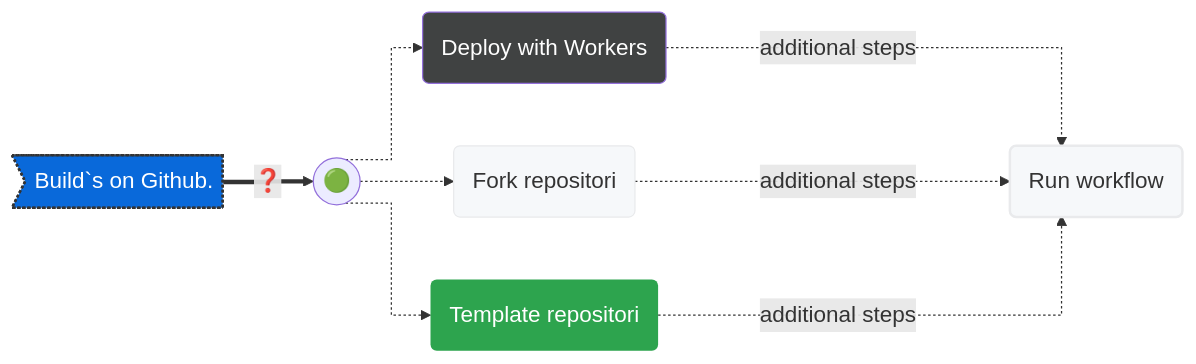
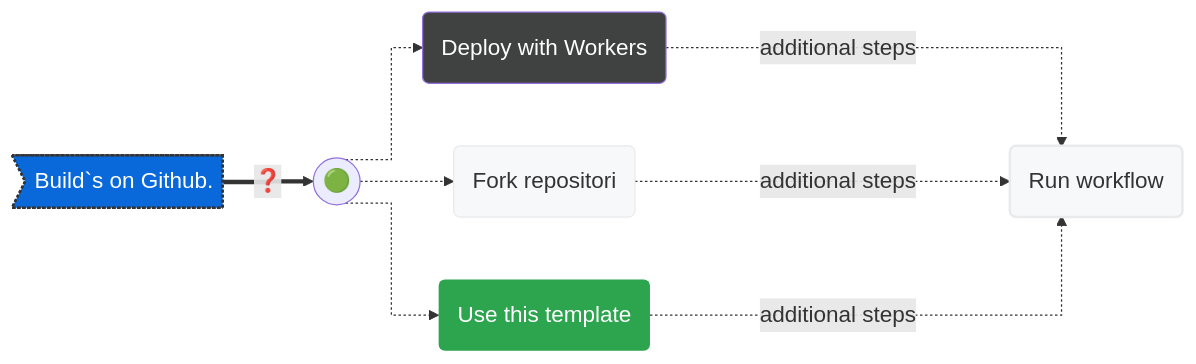
The diagram in README.md (milankomaj/dev-badge), drawn with Mermaid before and after one commit.

````diff
--- a/README.md
+++ b/README.md
@@ -12,24 +12,24 @@
 ```mermaid
 %%{init: {'theme': 'default', 'themeVariables': { 'fontSize': '18px'}}}%%
 %%{ init: { 'flowchart': { 'curve': 'stepAfter' } } }%%
 flowchart LR
 
 A>Build`s on Github.] ==>|"#10067;"| B
 B(("🟢")) .->C("Deploy with Workers")
 B(("🟢")) .->D("Fork repositori")
-B(("🟢")) .->E("Template repositori")
+B(("🟢")) .->E("Use this template")
 C & D & E -...->|additional steps| F("Run workflow") 
 
 style F fill:#f6f8fa,stroke:#333,stroke-width:2px
 style C fill:#404242,color:#fefefe
 style D fill:#f6f8fa,stroke:#e9eaec
 style E fill:#2da44e,stroke-width:0px,color:#ffffff
 style F fill:#f6f8fa,stroke:#e9eaec
 style A fill:#0969da,stroke:#333,stroke-width:2px,color:#fff,stroke-dasharray: 2 2
 
 click A "https://github.com/milankomaj/dev-badge"
 click D "https://github.com/milankomaj/dev-badge/fork"
 click E "https://github.com/milankomaj/dev-badge/generate"
 
 
 ```
````
